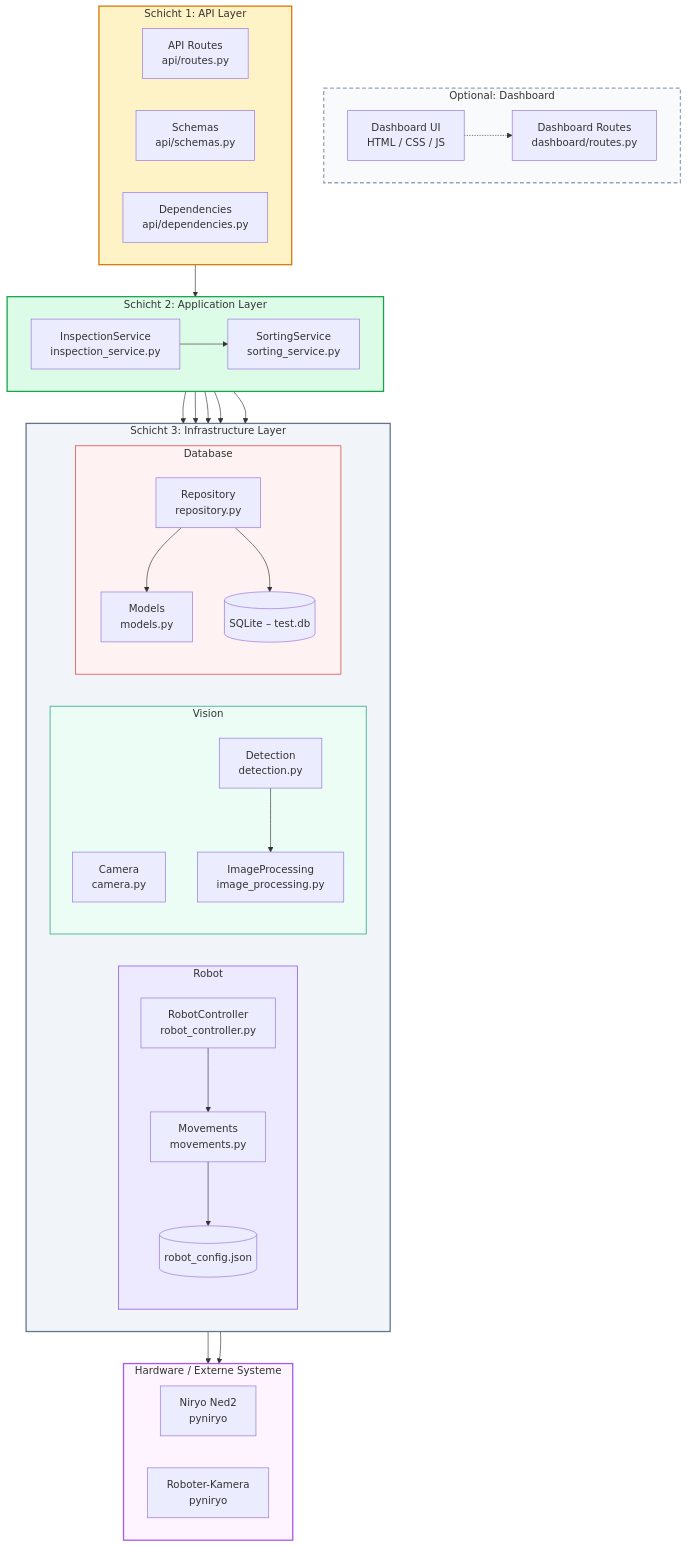
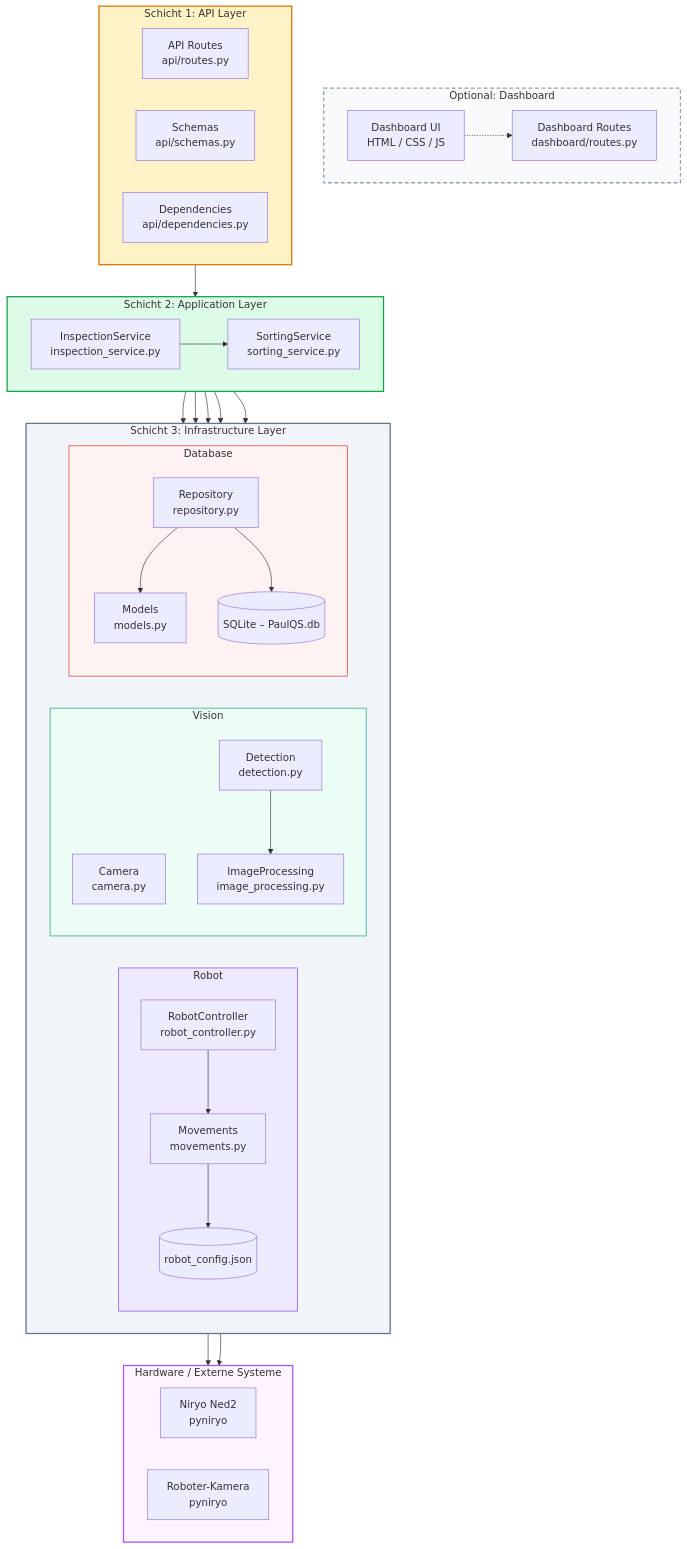
Before and after one commit to Tim0xc0de/PAULQS: the diagram in cube-inspection-system/docs/architecture-diagrams.md, drawn with Mermaid. The commit also changed 24 other files, not shown here.

```diff
--- a/cube-inspection-system/docs/architecture-diagrams.md
+++ b/cube-inspection-system/docs/architecture-diagrams.md
@@ -38,7 +38,7 @@
             direction TB
             REPO["Repository<br/>repository.py"]
             MODELS["Models<br/>models.py"]
-            DBE[("SQLite – test.db")]
+            DBE[("SQLite – PaulQS.db")]
         end
     end
 
```
